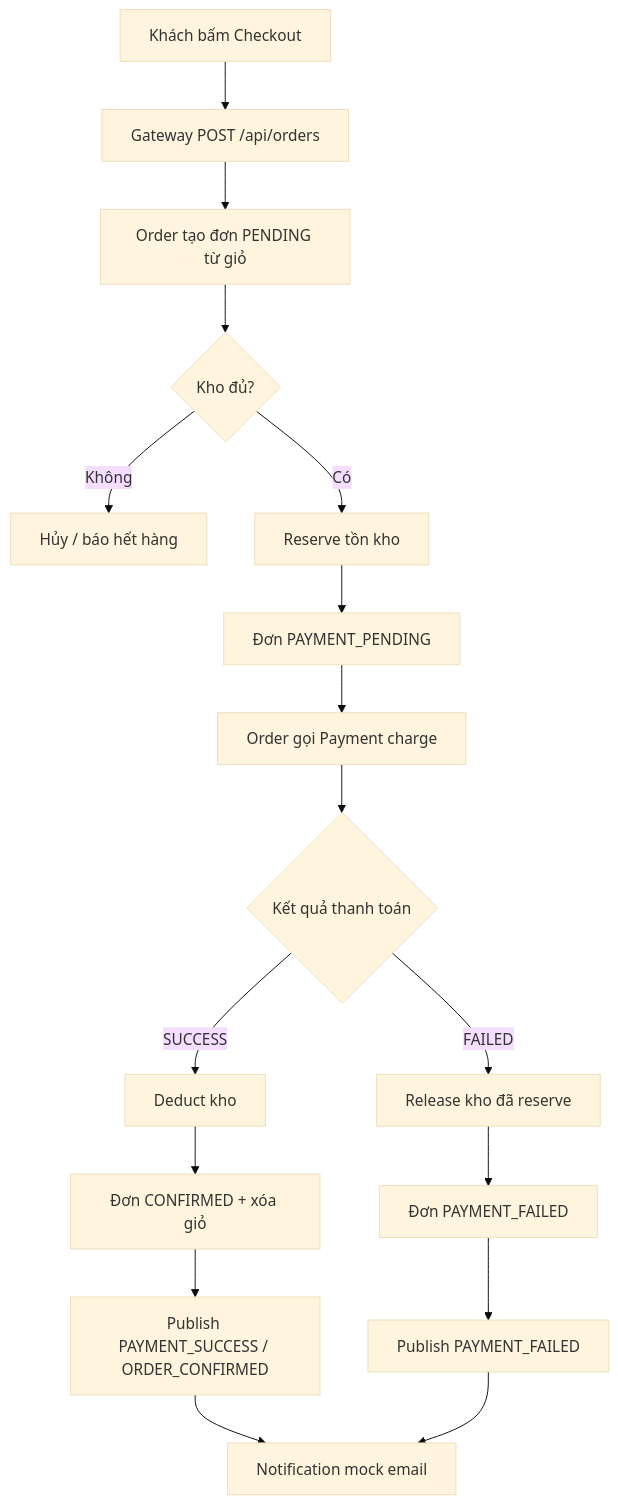
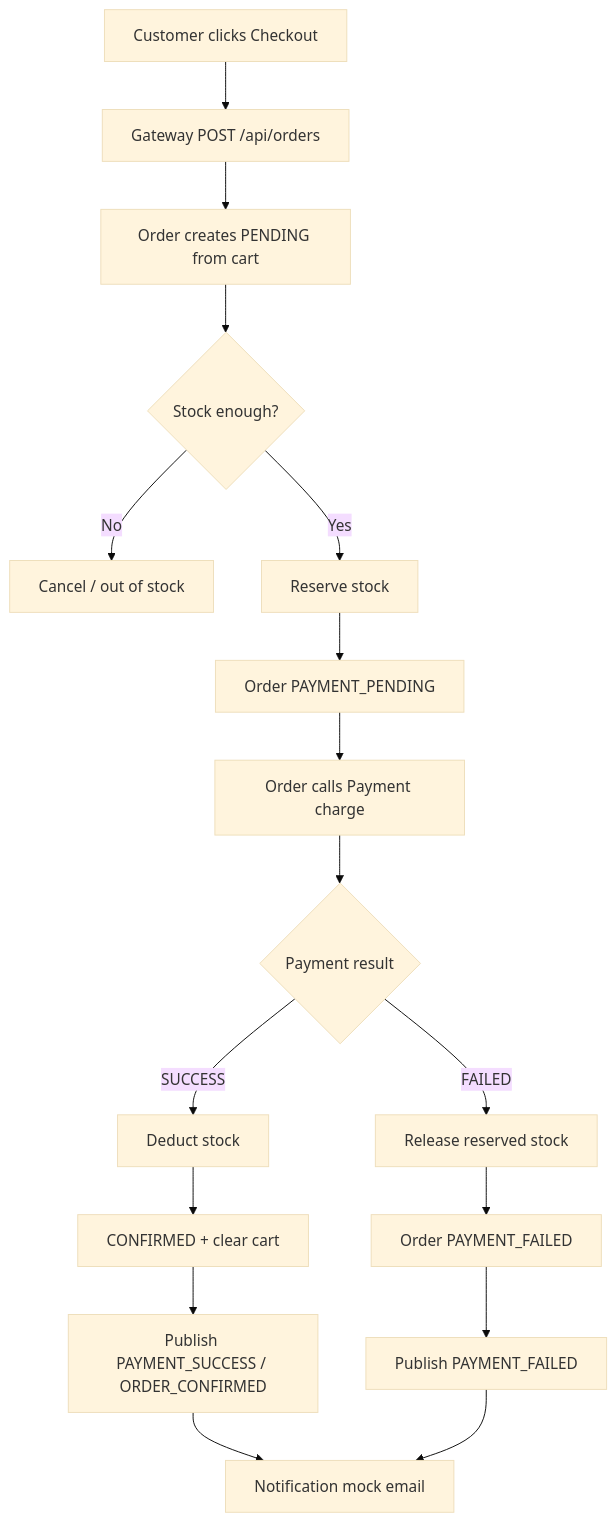
Before and after one commit to trinhvanhai1994/GTVT_ecommerce: the fourth of 4 diagrams in README.md, drawn with Mermaid (base theme). The commit also changed other lines of this file and 197 other files, not shown here.

````diff
--- a/README.md
+++ b/README.md
@@ -111,19 +133,19 @@
 ```mermaid
 flowchart TD
-  A[Khách bấm Checkout] --> B[Gateway POST /api/orders]
-  B --> C[Order tạo đơn PENDING từ giỏ]
-  C --> D{Kho đủ?}
-  D -->|Không| X[Hủy / báo hết hàng]
-  D -->|Có| E[Reserve tồn kho]
-  E --> F[Đơn PAYMENT_PENDING]
-  F --> G[Order gọi Payment charge]
-  G --> H{Kết quả thanh toán}
-  H -->|SUCCESS| I[Deduct kho]
-  I --> J[Đơn CONFIRMED + xóa giỏ]
-  J --> K[Publish PAYMENT_SUCCESS / ORDER_CONFIRMED]
-  K --> L[Notification mock email]
-  H -->|FAILED| M[Release kho đã reserve]
-  M --> N[Đơn PAYMENT_FAILED]
-  N --> O[Publish PAYMENT_FAILED]
+  A["Customer clicks Checkout"] --> B["Gateway POST /api/orders"]
+  B --> C["Order creates PENDING from cart"]
+  C --> D{"Stock enough?"}
+  D -->|No| X["Cancel / out of stock"]
+  D -->|Yes| E["Reserve stock"]
+  E --> F["Order PAYMENT_PENDING"]
+  F --> G["Order calls Payment charge"]
+  G --> H{"Payment result"}
+  H -->|SUCCESS| I["Deduct stock"]
+  I --> J["CONFIRMED + clear cart"]
+  J --> K["Publish PAYMENT_SUCCESS / ORDER_CONFIRMED"]
+  K --> L["Notification mock email"]
+  H -->|FAILED| M["Release reserved stock"]
+  M --> N["Order PAYMENT_FAILED"]
+  N --> O["Publish PAYMENT_FAILED"]
   O --> L
 ```
````
